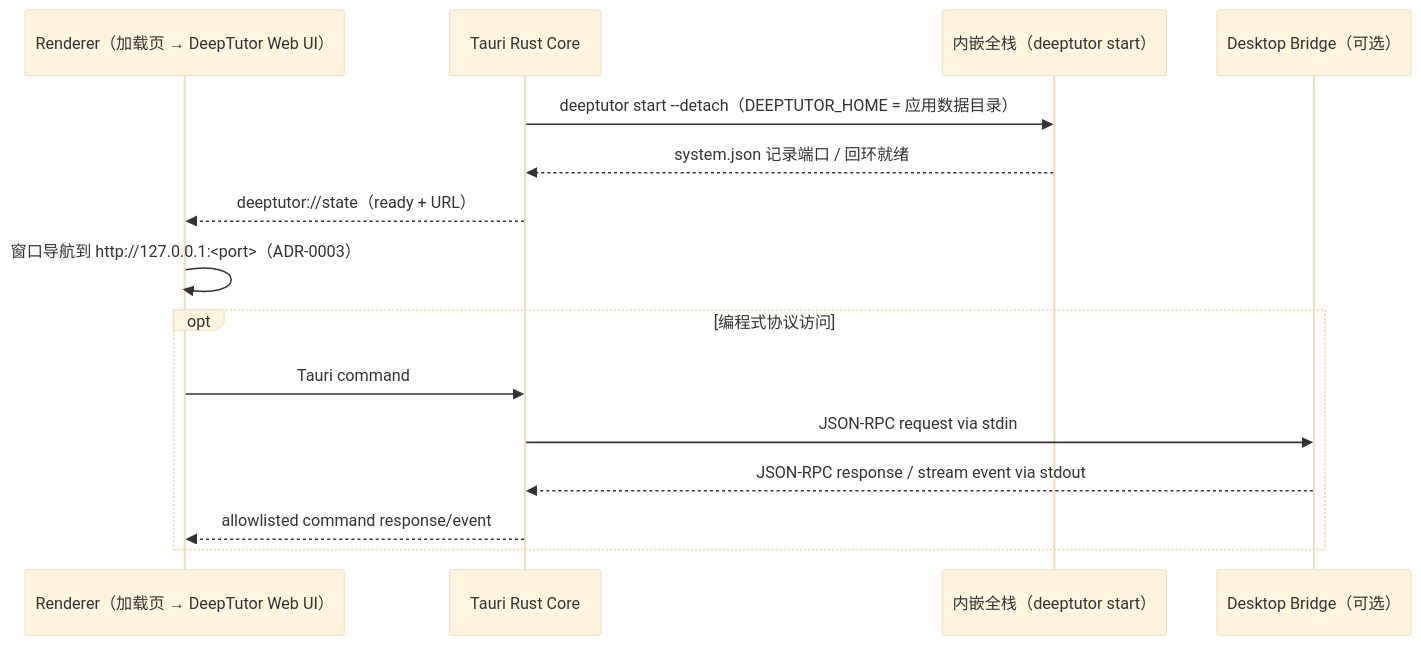
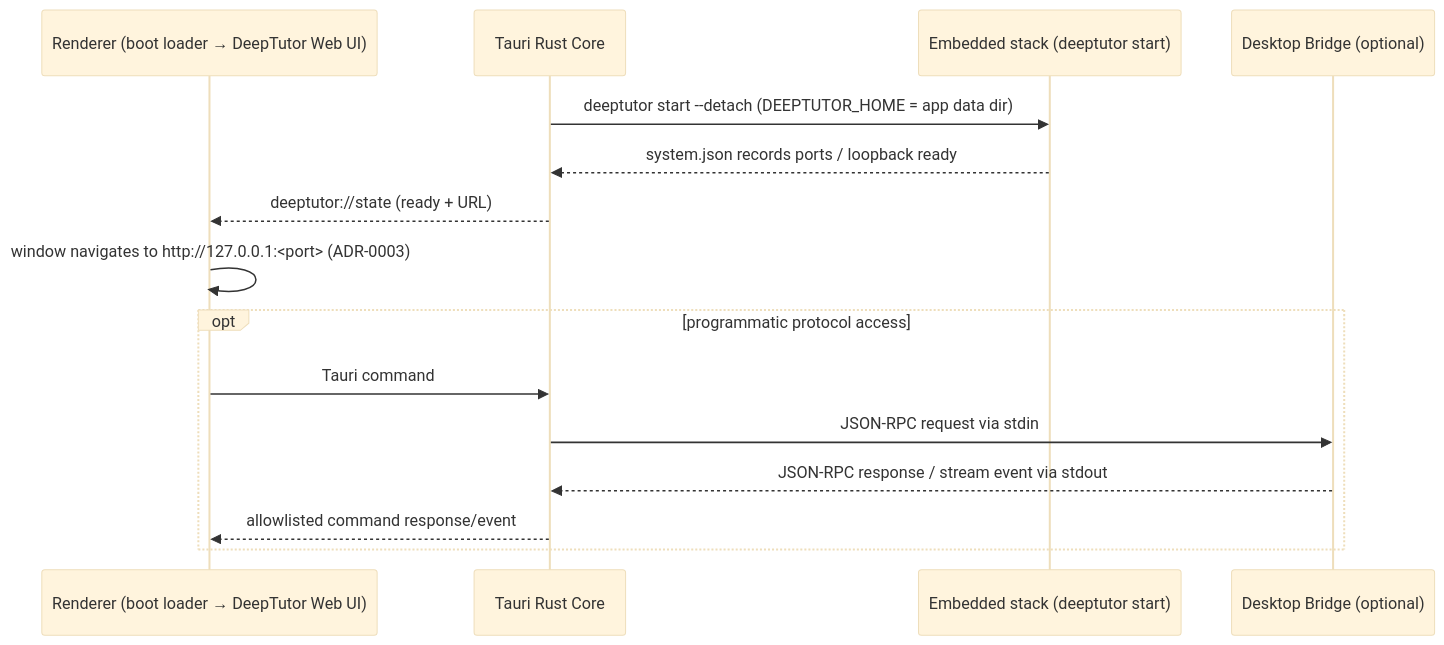
Before and after one commit to pzehrel/DeepTutorDesktop: the diagram in docs/architecture.md, drawn with Mermaid (base theme). The commit also changed other lines of this file and 12 other files, not shown here.

````diff
--- a/docs/architecture.md
+++ b/docs/architecture.md
@@ -82,19 +82,19 @@
 ```mermaid
 sequenceDiagram
-    participant R as Renderer（加载页 → DeepTutor Web UI）
+    participant R as Renderer (boot loader → DeepTutor Web UI)
     participant M as Tauri Rust Core
-    participant S as 内嵌全栈（deeptutor start）
-    participant B as Desktop Bridge（可选）
+    participant S as Embedded stack (deeptutor start)
+    participant B as Desktop Bridge (optional)
 
-    M->>S: deeptutor start --detach（DEEPTUTOR_HOME = 应用数据目录）
-    S-->>M: system.json 记录端口 / 回环就绪
-    M-->>R: deeptutor://state（ready + URL）
-    R->>R: 窗口导航到 http://127.0.0.1:<port>（ADR-0003）
+    M->>S: deeptutor start --detach (DEEPTUTOR_HOME = app data dir)
+    S-->>M: system.json records ports / loopback ready
+    M-->>R: deeptutor://state (ready + URL)
+    R->>R: window navigates to http://127.0.0.1:<port> (ADR-0003)
 
-    opt 编程式协议访问
+    opt programmatic protocol access
         R->>M: Tauri command
         M->>B: JSON-RPC request via stdin
         B-->>M: JSON-RPC response / stream event via stdout
         M-->>R: allowlisted command response/event
     end
 ```
````
